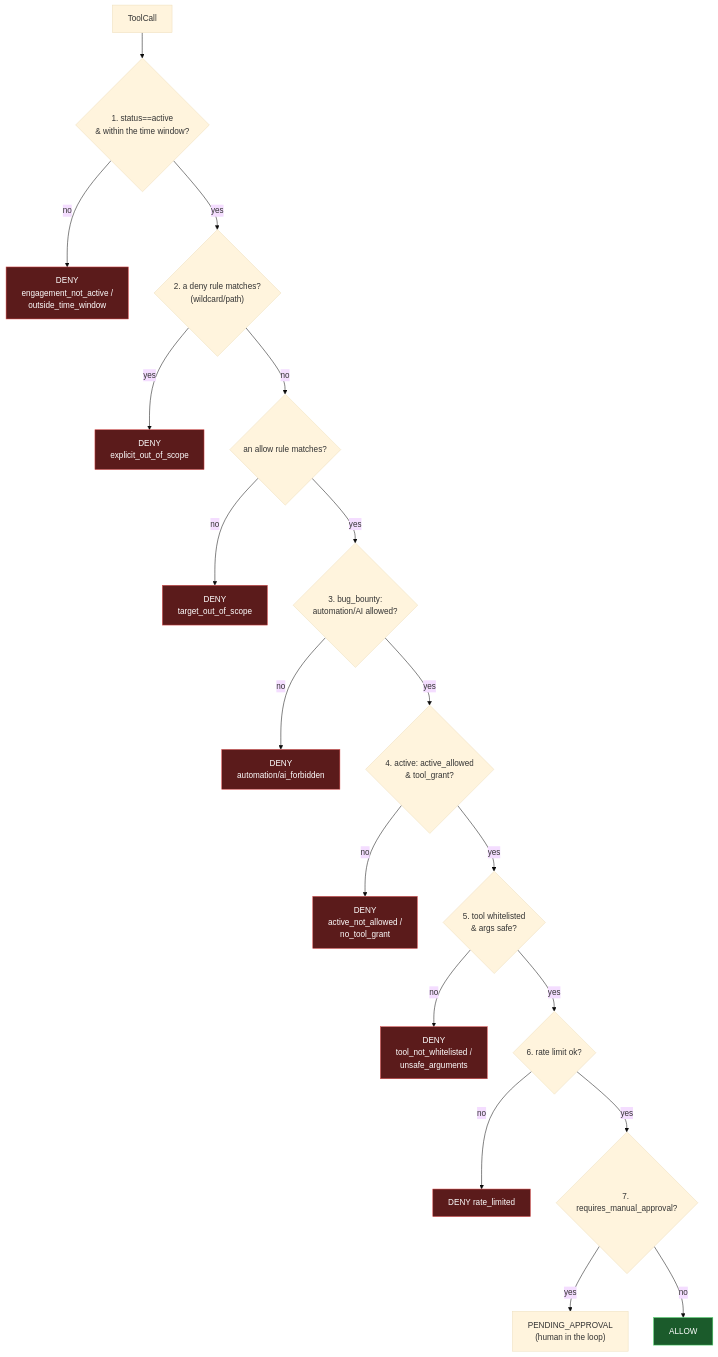
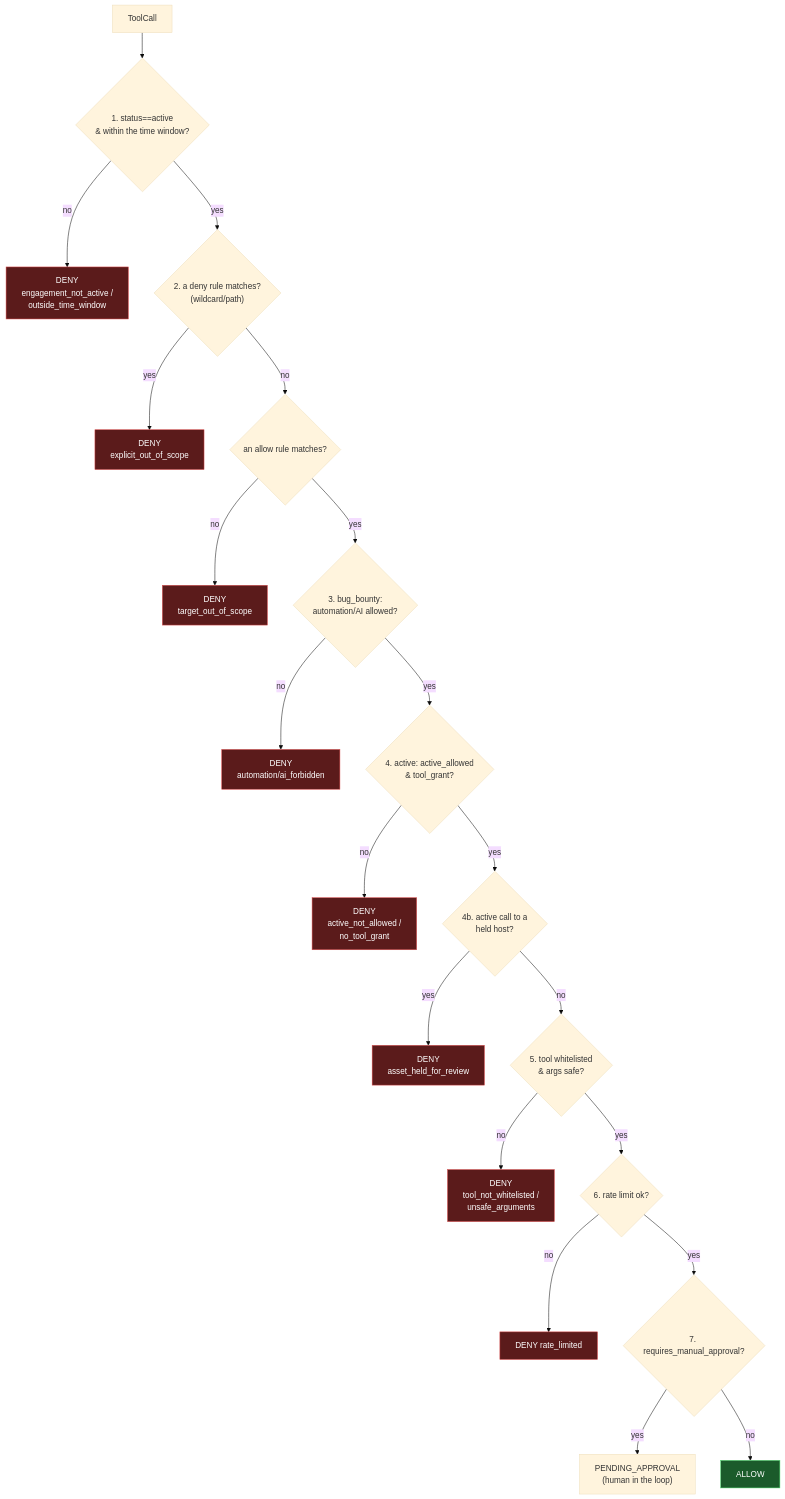
One commit to dt-cyberworks/axial changed the first of 2 diagrams in docs/security-model.md. Above: the diagram before and after it, drawn with Mermaid (base theme). The commit also changed other lines of this file and 297 other files, not shown here.

````diff
--- a/docs/security-model.md
+++ b/docs/security-model.md
@@ -19,25 +19,27 @@
 ```mermaid
 flowchart TD
     A["ToolCall"] --> B{"1. status==active<br/>& within the time window?"}
     B -->|no| D1["DENY<br/>engagement_not_active /<br/>outside_time_window"]
     B -->|yes| C{"2. a deny rule matches?<br/>(wildcard/path)"}
     C -->|yes| D2["DENY<br/>explicit_out_of_scope"]
     C -->|no| E{"an allow rule matches?"}
     E -->|no| D3["DENY<br/>target_out_of_scope"]
     E -->|yes| F{"3. bug_bounty:<br/>automation/AI allowed?"}
     F -->|no| D4["DENY<br/>automation/ai_forbidden"]
     F -->|yes| G{"4. active: active_allowed<br/>& tool_grant?"}
     G -->|no| D5["DENY<br/>active_not_allowed /<br/>no_tool_grant"]
-    G -->|yes| H{"5. tool whitelisted<br/>& args safe?"}
+    G -->|yes| G2{"4b. active call to a<br/>held host?"}
+    G2 -->|yes| D5b["DENY<br/>asset_held_for_review"]
+    G2 -->|no| H{"5. tool whitelisted<br/>& args safe?"}
     H -->|no| D6["DENY<br/>tool_not_whitelisted /<br/>unsafe_arguments"]
     H -->|yes| I{"6. rate limit ok?"}
     I -->|no| D7["DENY rate_limited"]
     I -->|yes| K{"7. requires_manual_approval?"}
     K -->|yes| P["PENDING_APPROVAL<br/>(human in the loop)"]
     K -->|no| AL["ALLOW"]
 
     classDef deny fill:#5b1b1b,stroke:#d94a4a,color:#fff
     classDef allow fill:#1b5b2b,stroke:#4ad96a,color:#fff
-    class D1,D2,D3,D4,D5,D6,D7 deny
+    class D1,D2,D3,D4,D5,D5b,D6,D7 deny
     class AL allow
 ```
````
